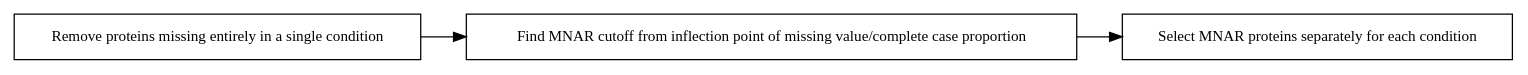
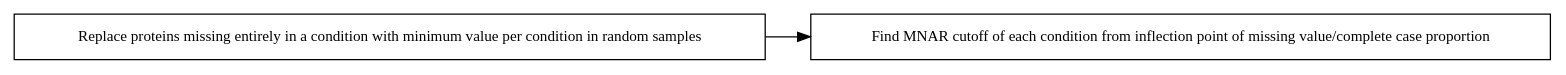
One commit to eturkes/AD-CBD-exosome-proteins changed the diagram in graphviz/missing-value-removal/01.dot. Above: the diagram before and after it, drawn with Graphviz. The commit also changed 2 other files, not shown here.

```diff
--- a/graphviz/missing-value-removal/01.dot
+++ b/graphviz/missing-value-removal/01.dot
@@ -1,34 +1,32 @@
 /*
     This file is part of AD-exosome-characterisation.
     Copyright (C) 2022  Emir Turkes, Stephanie Fowler, UK DRI at UCL, Columbia
     University Medical Center
 
     This program is free software: you can redistribute it and/or modify
     it under the terms of the GNU General Public License as published by
     the Free Software Foundation, either version 3 of the License, or
     (at your option) any later version.
 
     This program is distributed in the hope that it will be useful,
     but WITHOUT ANY WARRANTY; without even the implied warranty of
     MERCHANTABILITY or FITNESS FOR A PARTICULAR PURPOSE.  See the
     GNU General Public License for more details.
 
     You should have received a copy of the GNU General Public License
     along with this program.  If not, see <http://www.gnu.org/licenses/>.
 
     Emir Turkes can be contacted at emir.turkes@eturkes.com
 */
 
 digraph {
     rankdir=LR;
     node [shape=box, fontname=Verdana, fontsize=12];
     edge [fontname=Verdana, fontsize=12];
     splines=ortho;
 
-    rm_all_missing [label="Remove proteins missing entirely in a single condition"];
-    MNAR_cutoff [label="Find MNAR cutoff from inflection point of missing value/complete case proportion"];
-    select_MNAR [label="Select MNAR proteins separately for each condition"];
+    rm_all_missing [label="Replace proteins missing entirely in a condition with minimum value per condition in random samples"];
+    MNAR_cutoff [label="Find MNAR cutoff of each condition from inflection point of missing value/complete case proportion"];
 
     rm_all_missing -> MNAR_cutoff;
-    MNAR_cutoff -> select_MNAR;
 }
```
